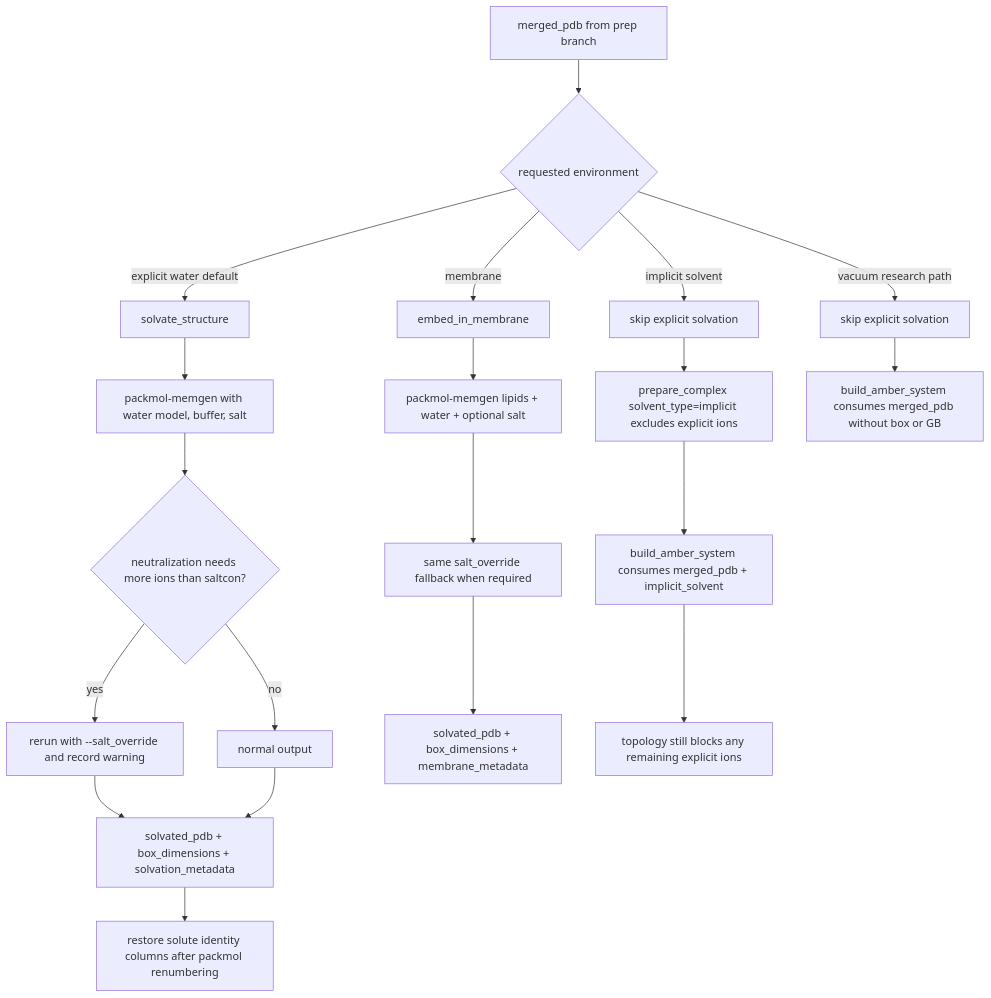
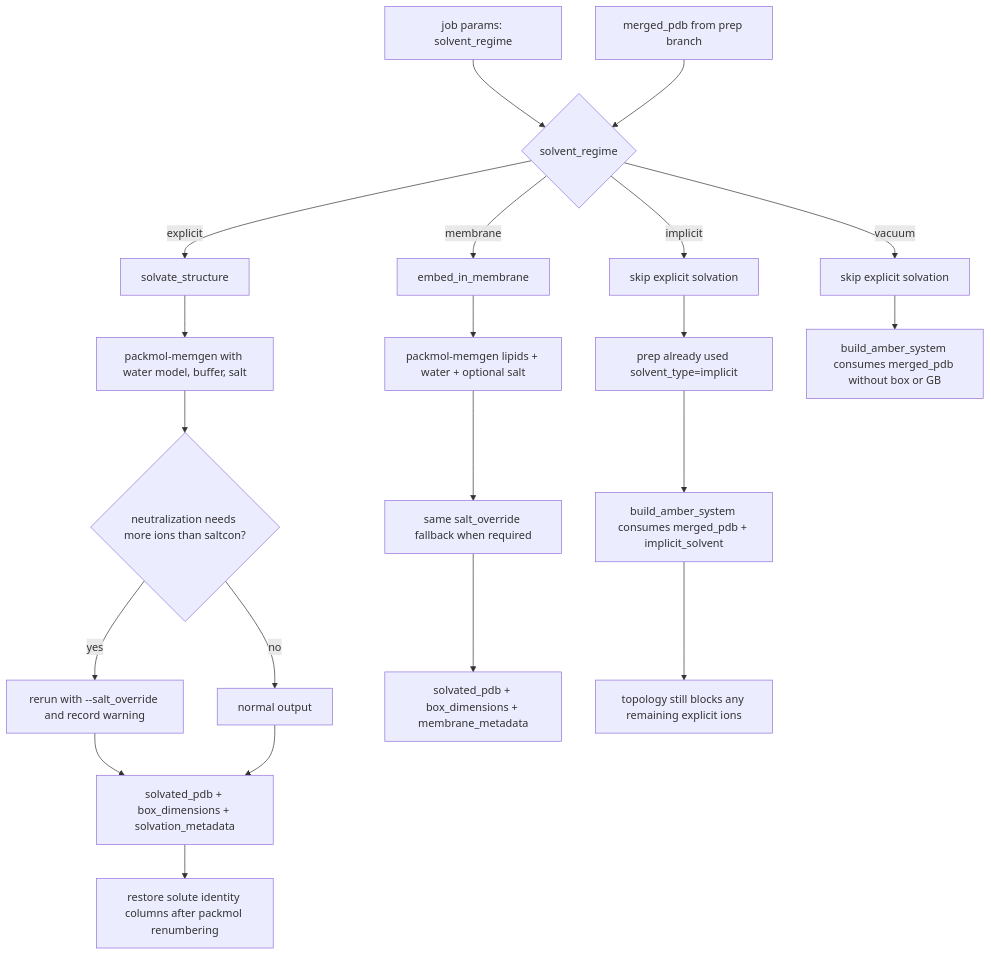
The fourth of 6 diagrams in docs/research/prep_workflow_flowchart.md (matsunagalab/mdclaw), drawn with Mermaid before and after one commit. The commit also changed other lines of this file and 2 other files, not shown here.

Commit message:
Show solvent regime in prep workflow diagrams

````diff
--- a/docs/research/prep_workflow_flowchart.md
+++ b/docs/research/prep_workflow_flowchart.md
@@ -166,26 +173,27 @@
 ```mermaid
 flowchart TD
-  A["merged_pdb from prep branch"] --> B{"requested environment"}
+  A["job params: solvent_regime"] --> B{"solvent_regime"}
+  P["merged_pdb from prep branch"] --> B
 
-  B -->|"explicit water default"| C["solvate_structure"]
+  B -->|"explicit"| C["solvate_structure"]
   C --> C1["packmol-memgen with water model, buffer, salt"]
   C1 --> C2{"neutralization needs more ions than saltcon?"}
   C2 -->|"yes"| C3["rerun with --salt_override and record warning"]
   C2 -->|"no"| C4["normal output"]
   C3 --> C5["solvated_pdb + box_dimensions + solvation_metadata"]
   C4 --> C5
   C5 --> C6["restore solute identity columns after packmol renumbering"]
 
   B -->|"membrane"| D["embed_in_membrane"]
   D --> D1["packmol-memgen lipids + water + optional salt"]
   D1 --> D2["same salt_override fallback when required"]
   D2 --> D3["solvated_pdb + box_dimensions + membrane_metadata"]
 
-  B -->|"implicit solvent"| E["skip explicit solvation"]
-  E --> E0["prepare_complex solvent_type=implicit excludes explicit ions"]
+  B -->|"implicit"| E["skip explicit solvation"]
+  E --> E0["prep already used solvent_type=implicit"]
   E0 --> E1["build_amber_system consumes merged_pdb + implicit_solvent"]
   E1 --> E2["topology still blocks any remaining explicit ions"]
 
-  B -->|"vacuum research path"| F["skip explicit solvation"]
+  B -->|"vacuum"| F["skip explicit solvation"]
   F --> F1["build_amber_system consumes merged_pdb without box or GB"]
 ```
````
